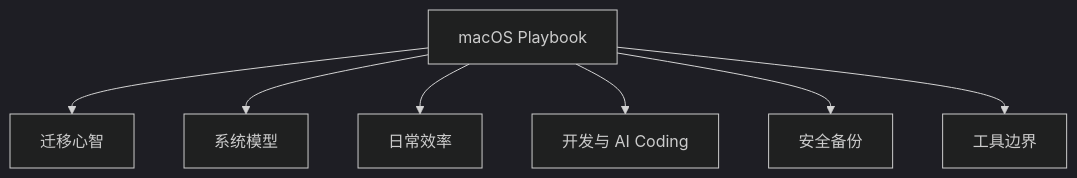
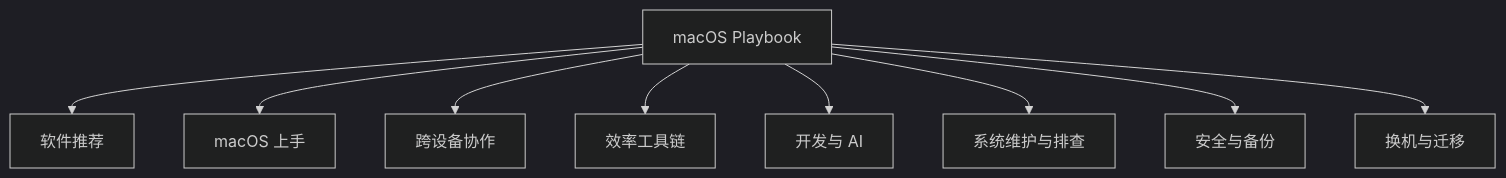
The first of 12 diagrams in README.md (realchendahuang/macos-playbook), drawn with Mermaid (dark theme) before and after one commit. The commit also changed other lines of this file and 6 other files, not shown here.

Commit message:
docs: refine macOS playbook content and styles

````diff
--- a/README.md
+++ b/README.md
@@ -9,9 +9,11 @@
 ```mermaid
 flowchart TD
-  A[macOS Playbook] --> B[迁移心智]
-  A --> C[系统模型]
-  A --> D[日常效率]
-  A --> E[开发与 AI Coding]
-  A --> F[安全备份]
-  A --> G[工具边界]
+  A[macOS Playbook] --> B[软件推荐]
+  A --> C[macOS 上手]
+  A --> D[跨设备协作]
+  A --> E[效率工具链]
+  A --> F[开发与 AI]
+  A --> G[系统维护与排查]
+  A --> H[安全与备份]
+  A --> I[换机与迁移]
 ```
````
